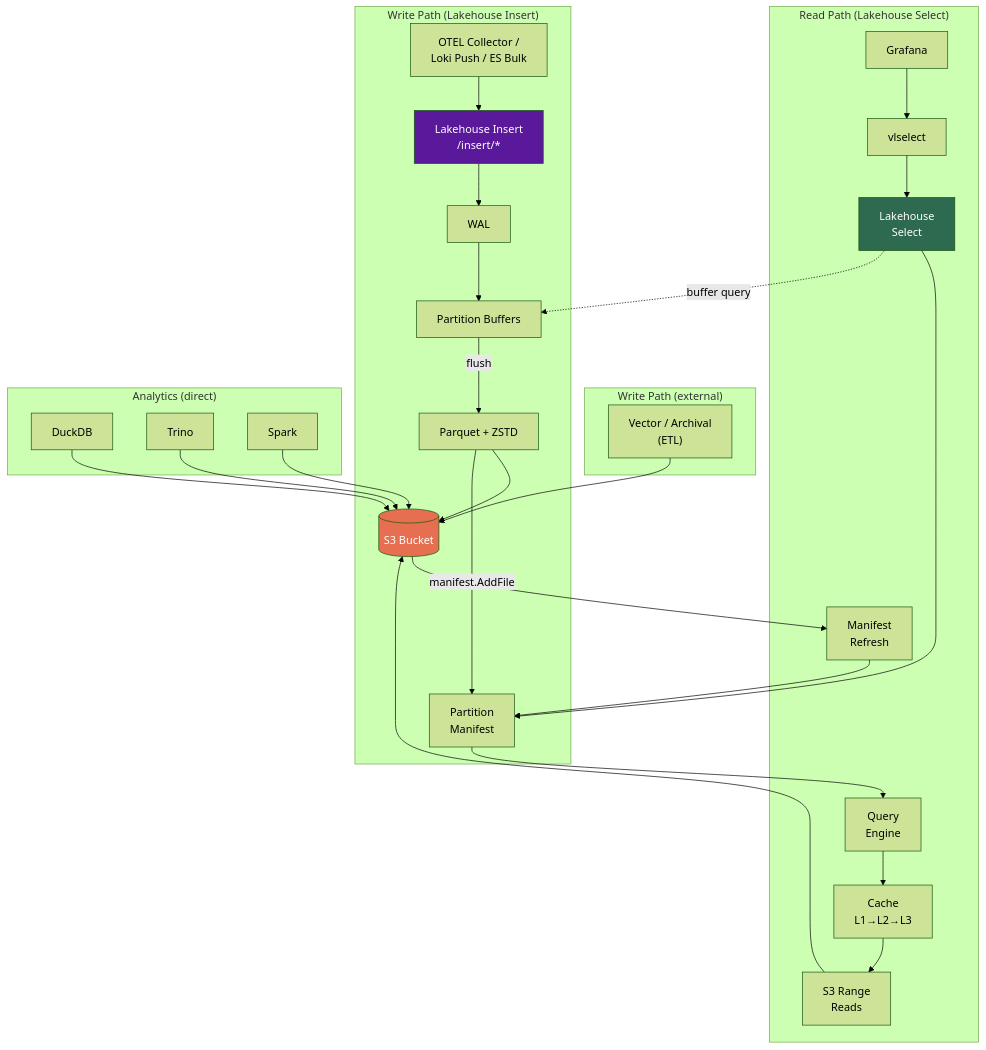
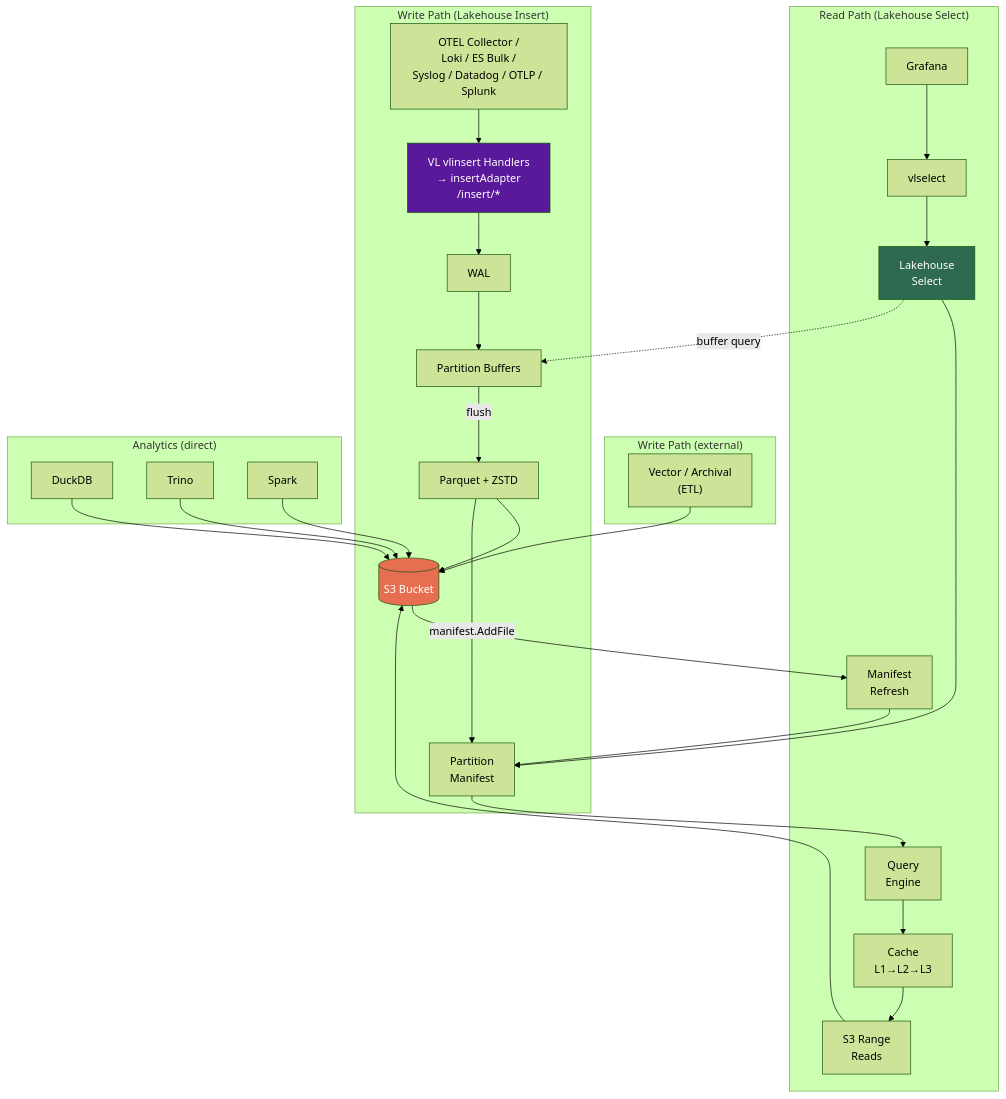
Diagram 15 of 15 in docs/architecture.md (ReliablyObserve/victoria-lakehouse), drawn with Mermaid (forest theme) before and after one commit. The commit also changed other lines of this file and 86 other files, not shown here.

````diff
--- a/docs/architecture.md
+++ b/docs/architecture.md
@@ -759,39 +770,39 @@
 ```mermaid
 flowchart TB
     subgraph "Write Path (Lakehouse Insert)"
-        OTEL["OTEL Collector /<br/>Loki Push / ES Bulk"] --> INS["Lakehouse Insert<br/>/insert/*"]
+        OTEL["OTEL Collector /<br/>Loki / ES Bulk /<br/>Syslog / Datadog / OTLP / Splunk"] --> INS["VL vlinsert Handlers<br/>→ insertAdapter<br/>/insert/*"]
         INS --> WWAL["WAL"]
         WWAL --> WBUF["Partition Buffers"]
         WBUF -->|flush| PQ["Parquet + ZSTD"]
         PQ --> S3W[("S3 Bucket")]
         PQ -->|manifest.AddFile| MAN["Partition<br/>Manifest"]
     end
 
     subgraph "Write Path (external)"
         VEC["Vector / Archival<br/>(ETL)"] --> S3W
     end
     
     subgraph "Read Path (Lakehouse Select)"
         S3W --> MR["Manifest<br/>Refresh"]
         MR --> MAN
         
         GF["Grafana"] --> VLS["vlselect"]
         VLS --> LH["Lakehouse<br/>Select"]
         LH --> MAN
         MAN --> QE["Query<br/>Engine"]
         QE --> CACHE["Cache<br/>L1→L2→L3"]
         CACHE --> S3R["S3 Range<br/>Reads"]
         S3R --> S3W
         LH -.->|buffer query| WBUF
     end
 
     subgraph "Analytics (direct)"
         DDB["DuckDB"] --> S3W
         Trino["Trino"] --> S3W
         Spark["Spark"] --> S3W
     end
     
     style S3W fill:#e76f51,color:#fff
     style LH fill:#2d6a4f,color:#fff
     style INS fill:#5a189a,color:#fff
 ```
````
